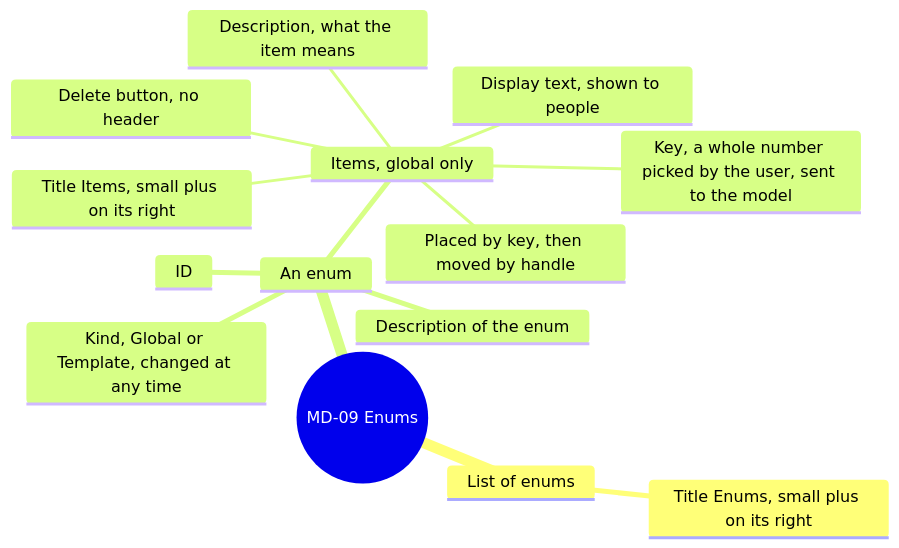
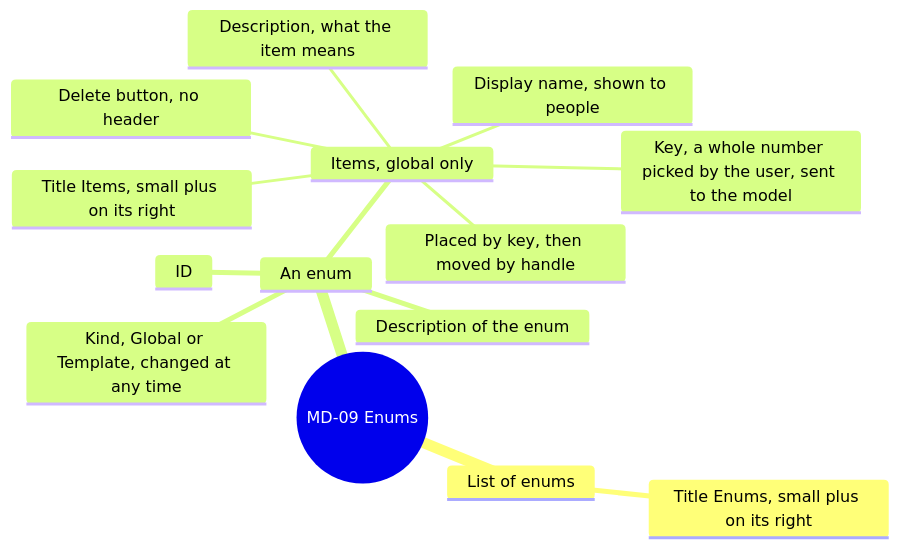
Before and after one commit to AlexandreGallais/synoptic-studio-spec: diagram 15 of 16 in screens/metadata.md, drawn with Mermaid. The commit also changed other lines of this file and 11 other files, not shown here.

First line of the commit message:
docs(metadata): rename enum display text and bound bounds by quantity

````diff
--- a/screens/metadata.md
+++ b/screens/metadata.md
@@ -504,17 +504,17 @@
 ```mermaid
 mindmap
   root((MD-09 Enums))
     List of enums
       Title Enums, small plus on its right
     An enum
       ID
       Kind, Global or Template, changed at any time
       Description of the enum
       Items, global only
         Title Items, small plus on its right
         Key, a whole number picked by the user, sent to the model
-        Display text, shown to people
+        Display name, shown to people
         Description, what the item means
         Delete button, no header
         Placed by key, then moved by handle
 ```
````
